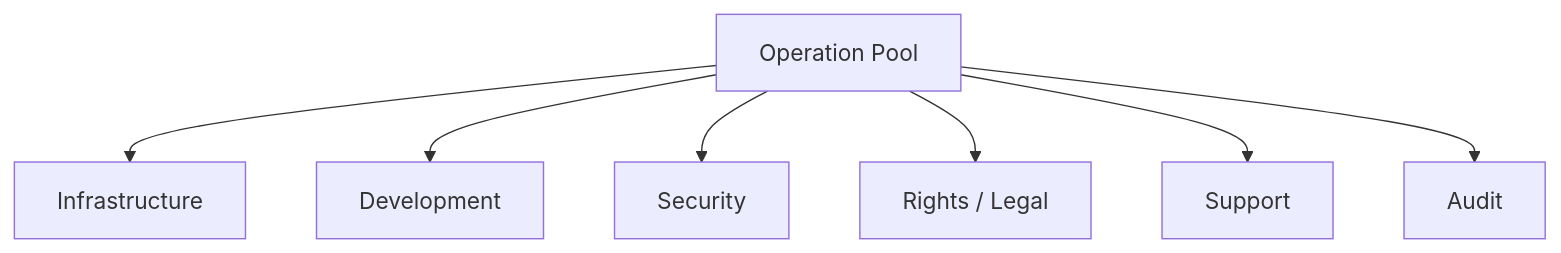
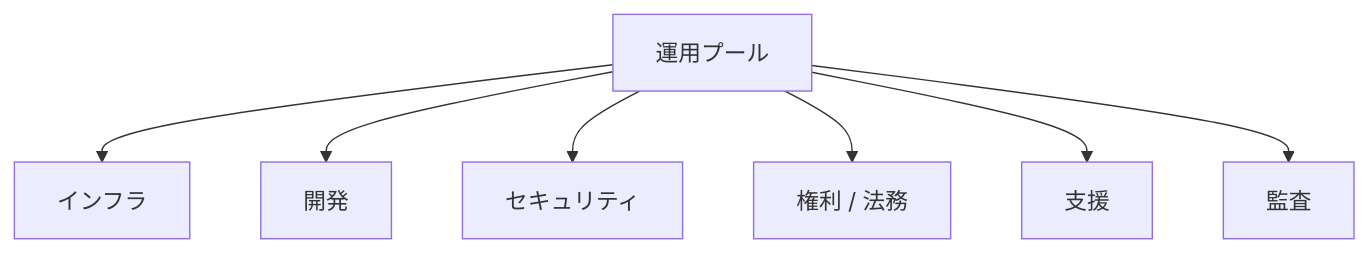
One commit to ShigeichiroYamasaki/creator-first-platform changed diagram 11 of 27 in docs/whitepaper/06-economics-mathjax.md. Above: the diagram before and after it, drawn with Mermaid. The commit also changed other lines of this file and 72 other files, not shown here.

````diff
--- a/docs/whitepaper/06-economics-mathjax.md
+++ b/docs/whitepaper/06-economics-mathjax.md
@@ -635,11 +635,11 @@
 ```mermaid
 flowchart TD
-    OPS[Operation Pool]
+    OPS[運用プール]
 
-    OPS --> CLOUD[Infrastructure]
-    OPS --> DEV[Development]
-    OPS --> SEC[Security]
-    OPS --> RIGHTS[Rights / Legal]
-    OPS --> SUPPORT[Support]
-    OPS --> AUDIT[Audit]
+    OPS --> CLOUD[インフラ]
+    OPS --> DEV[開発]
+    OPS --> SEC[セキュリティ]
+    OPS --> RIGHTS[権利 / 法務]
+    OPS --> SUPPORT[支援]
+    OPS --> AUDIT[監査]
 ```
````
